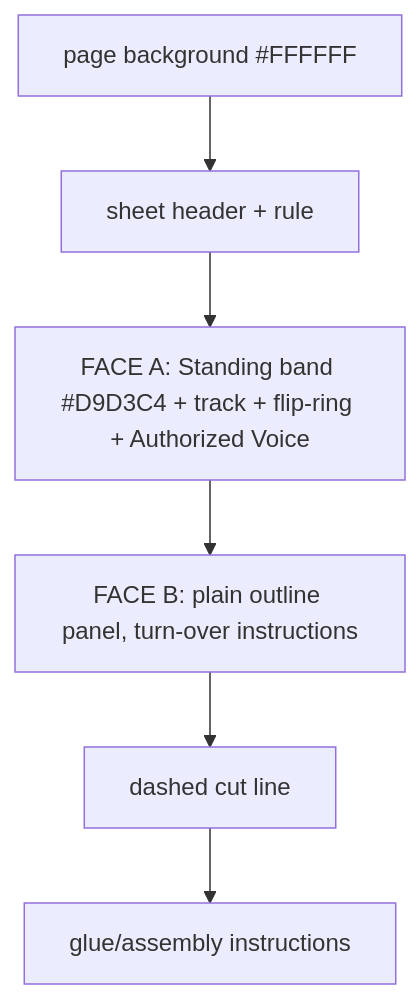
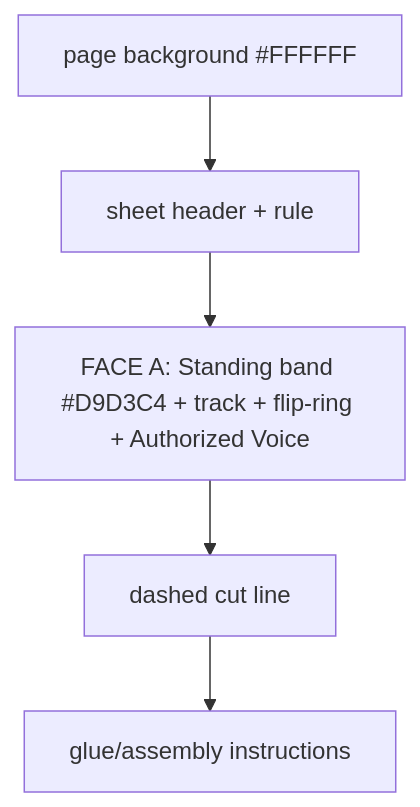
The second of 11 diagrams in components/specs/boards.md (Hegerstrand/seven-weeks), drawn with Mermaid before and after one commit. The commit also changed other lines of this file and 27 other files, not shown here.

````diff
--- a/components/specs/boards.md
+++ b/components/specs/boards.md
@@ -151,8 +158,7 @@
 ```mermaid
 graph TD
   A["page background #FFFFFF"] --> B["sheet header + rule"]
   B --> C["FACE A: Standing band #D9D3C4 + track + flip-ring + Authorized Voice"]
-  C --> D["FACE B: plain outline panel, turn-over instructions"]
-  D --> E["dashed cut line"]
+  C --> E["dashed cut line"]
   E --> F["glue/assembly instructions"]
 ```
````
